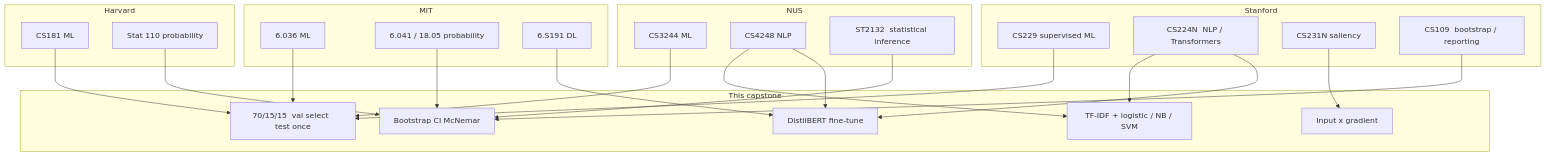
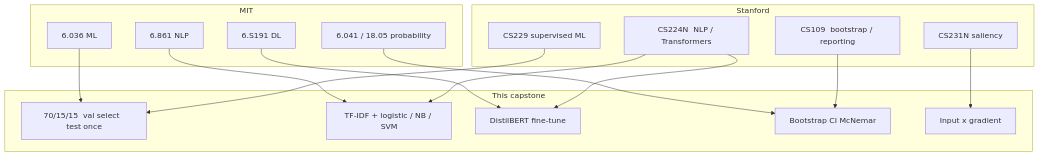
The first of 17 diagrams in docs/THEORY.md (TheHien04/Movie-Review-Sentiment-Analysis), drawn with Mermaid before and after one commit. The commit also changed other lines of this file and 3 other files, not shown here.

````diff
--- a/docs/THEORY.md
+++ b/docs/THEORY.md
@@ -27,49 +27,34 @@
 ```mermaid
 flowchart TB
     subgraph Stanford["Stanford"]
         S229["CS229  supervised ML"]
         S224["CS224N  NLP / Transformers"]
         S231["CS231N  saliency"]
         S109["CS109  bootstrap / reporting"]
     end
 
     subgraph MIT["MIT"]
         M036["6.036  ML"]
         M041["6.041 / 18.05  probability"]
         M191["6.S191  DL"]
-    end
-
-    subgraph Harvard["Harvard"]
-        H181["CS181  ML"]
-        H110["Stat 110  probability"]
-    end
-
-    subgraph NUS["NUS"]
-        N3244["CS3244  ML"]
-        N4248["CS4248  NLP"]
-        N2132["ST2132  statistical inference"]
+        M861["6.861  NLP"]
     end
 
     subgraph Repo["This capstone"]
         Prot["70/15/15  val select  test once"]
         Base["TF-IDF + logistic / NB / SVM"]
         Enc["DistilBERT fine-tune"]
         Inf["Bootstrap CI  McNemar"]
         XAI["Input x gradient"]
     end
 
     S229 --> Prot
-    N3244 --> Prot
     M036 --> Prot
-    H181 --> Prot
     S224 --> Enc
-    N4248 --> Enc
     M191 --> Enc
     S224 --> Base
-    N4248 --> Base
+    M861 --> Base
     S109 --> Inf
-    N2132 --> Inf
     M041 --> Inf
-    H110 --> Inf
     S231 --> XAI
 ```
````
